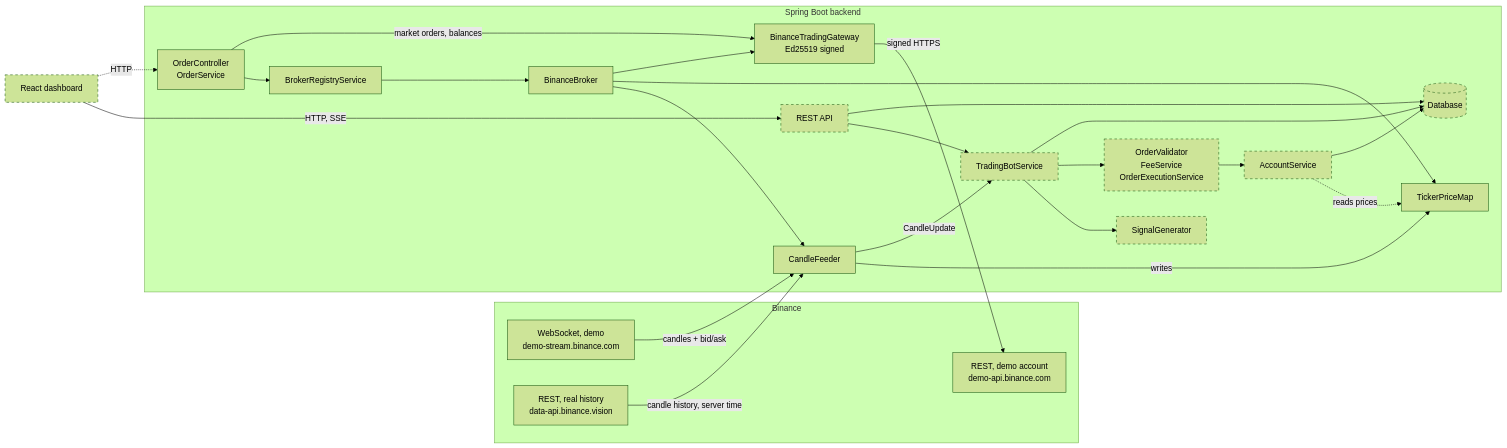
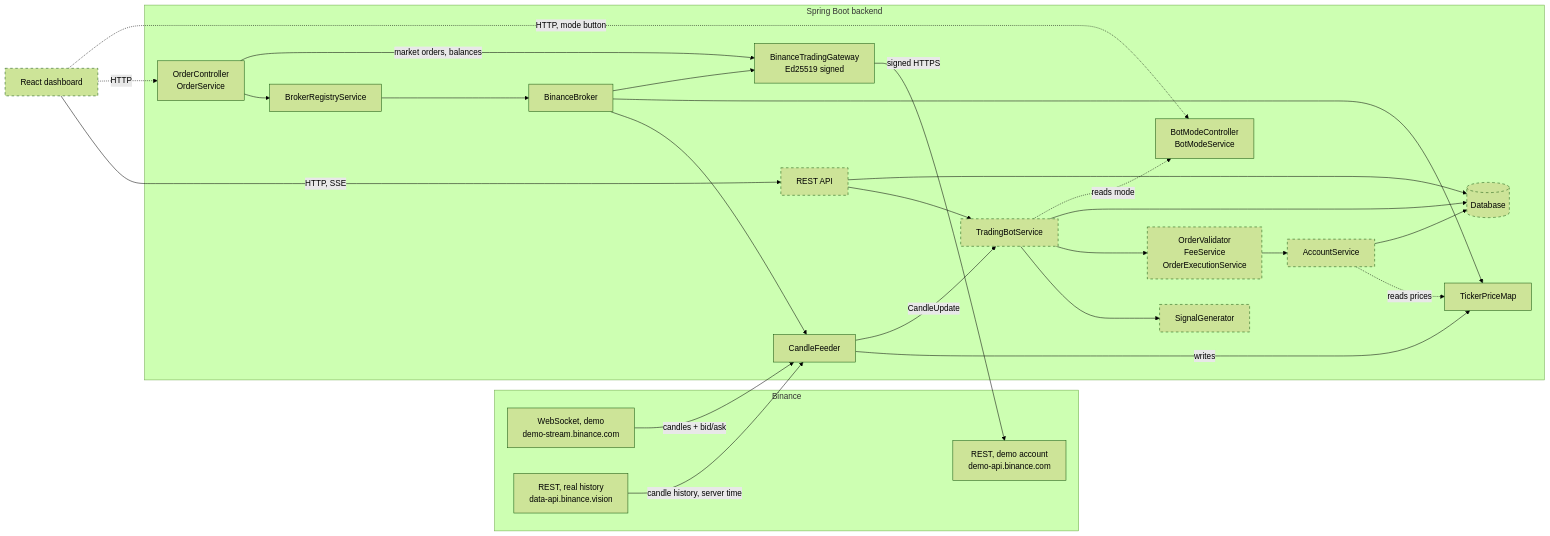
One commit to ShadowOfDiablo/t212-coding-task changed the first of 20 diagrams in docs/ARCHITECTURE.md. Above: the diagram before and after it, drawn with Mermaid (forest theme). The commit also changed other lines of this file and 35 other files, not shown here.

First line of the commit message:
Address review: balance DTO, request signer, gateway bean, runtime bot mode, balance cache

````diff
--- a/docs/ARCHITECTURE.md
+++ b/docs/ARCHITECTURE.md
@@ -30,50 +30,53 @@
 ```mermaid
 flowchart LR
     subgraph Binance["Binance"]
         WS["WebSocket, demo<br/>demo-stream.binance.com"]
         REST["REST, real history<br/>data-api.binance.vision"]
         DemoApi["REST, demo account<br/>demo-api.binance.com"]
     end
 
     subgraph Backend["Spring Boot backend"]
         OrderApi["OrderController<br/>OrderService"]
+        ModeApi["BotModeController<br/>BotModeService"]
         Registry["BrokerRegistryService"]
         Broker["BinanceBroker"]
         Feeder["CandleFeeder"]
         Prices["TickerPriceMap"]
         Gateway["BinanceTradingGateway<br/>Ed25519 signed"]
         Bot["TradingBotService"]
         Signal["SignalGenerator"]
         Orders["OrderValidator<br/>FeeService<br/>OrderExecutionService"]
         Account["AccountService"]
         Db[("Database")]
         Api["REST API"]
     end
 
     Ui["React dashboard"]
 
     WS -- "candles + bid/ask" --> Feeder
     REST -- "candle history, server time" --> Feeder
     Registry --> Broker
     Broker --> Feeder
     Broker --> Prices
     Broker --> Gateway
     OrderApi --> Registry
     OrderApi -- "market orders, balances" --> Gateway
     Gateway -- "signed HTTPS" --> DemoApi
     Feeder -- writes --> Prices
     Feeder -- CandleUpdate --> Bot
     Bot --> Signal
     Bot --> Orders
     Orders --> Account
     Account -. reads prices .-> Prices
     Account --> Db
     Bot --> Db
     Api --> Bot
     Api --> Db
     Ui -- "HTTP, SSE" --> Api
     Ui -. HTTP .-> OrderApi
+    Ui -. "HTTP, mode button" .-> ModeApi
+    Bot -. reads mode .-> ModeApi
 
     classDef planned stroke-dasharray: 5 5
     class Bot,Signal,Orders,Account,Db,Api,Ui planned
 ```
````
